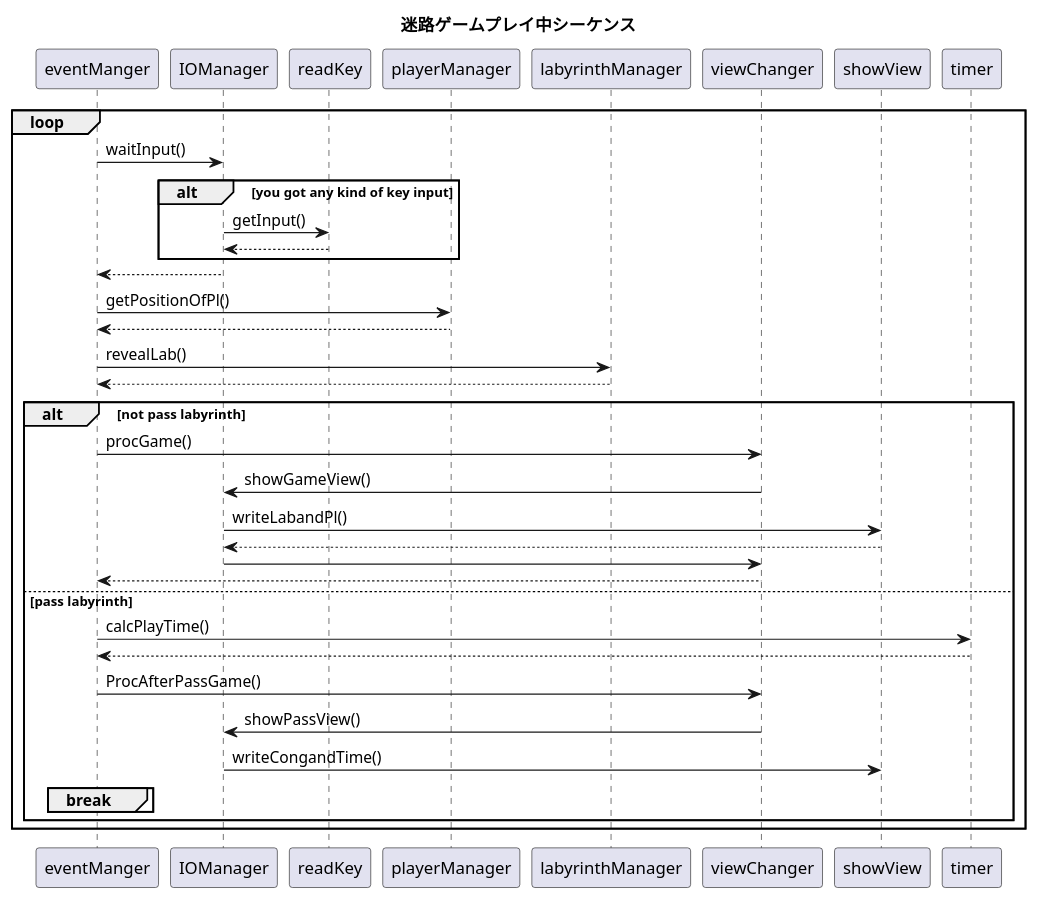
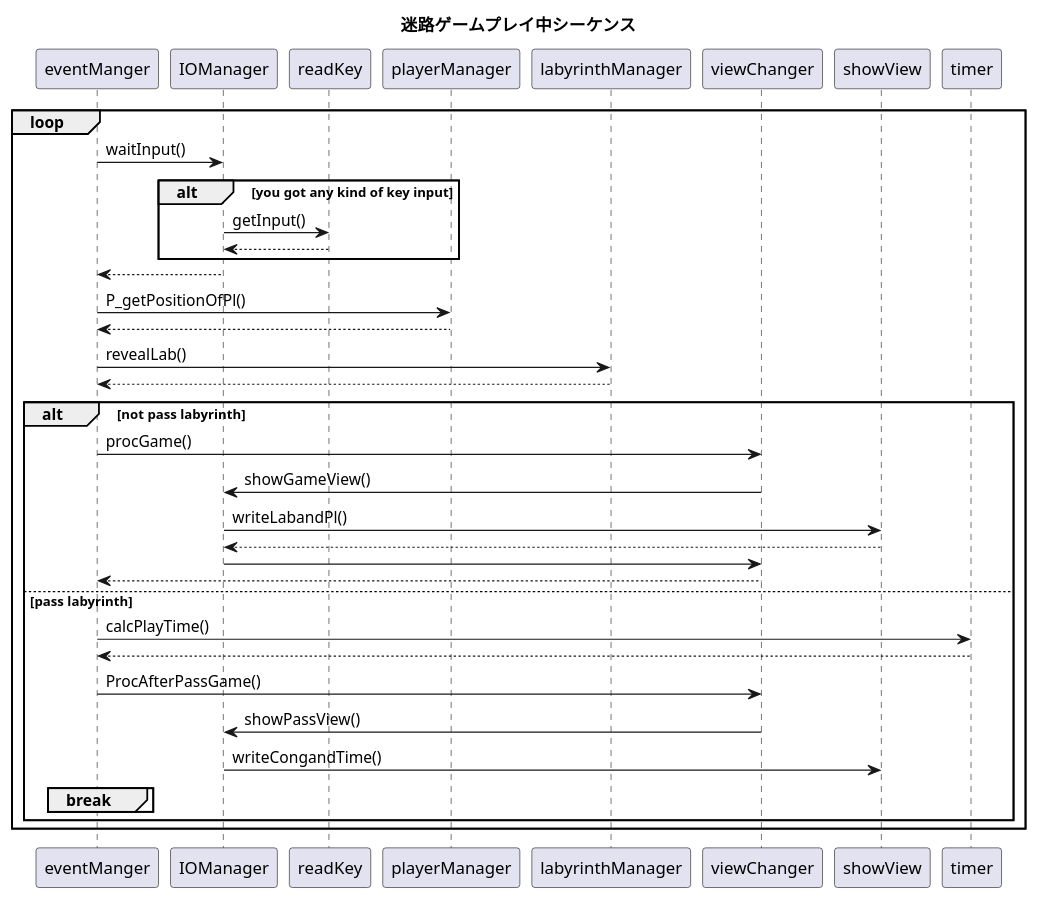
Before and after one commit to horiyoshihiro/LabyrinthGame: the diagram in Doc/S_playGame.pu, drawn with PlantUML. The commit also changed 21 other files, not shown here.

```diff
--- a/Doc/S_playGame.pu
+++ b/Doc/S_playGame.pu
@@ -1,37 +1,37 @@
 @startuml
 
 title 迷路ゲームプレイ中シーケンス
 
 loop
     eventManger -> IOManager : waitInput()
     alt you got any kind of key input
         IOManager -> readKey : getInput()
         readKey --> IOManager
     end
     IOManager --> eventManger
 
-    eventManger -> playerManager : getPositionOfPl()
+    eventManger -> playerManager : P_getPositionOfPl()
     playerManager --> eventManger
 
     eventManger -> labyrinthManager : revealLab()
     labyrinthManager --> eventManger
 
     alt not pass labyrinth
         eventManger -> viewChanger : procGame()
             viewChanger -> IOManager : showGameView()
                 IOManager -> showView : writeLabandPl()
                 showView --> IOManager
             IOManager -> viewChanger
         viewChanger --> eventManger
     else pass labyrinth
         eventManger -> timer : calcPlayTime()
         timer --> eventManger 
         eventManger -> viewChanger : ProcAfterPassGame()
             viewChanger -> IOManager : showPassView()
                 IOManager -> showView : writeCongandTime()
         break
         end
     end
 end
 
 @enduml
```
